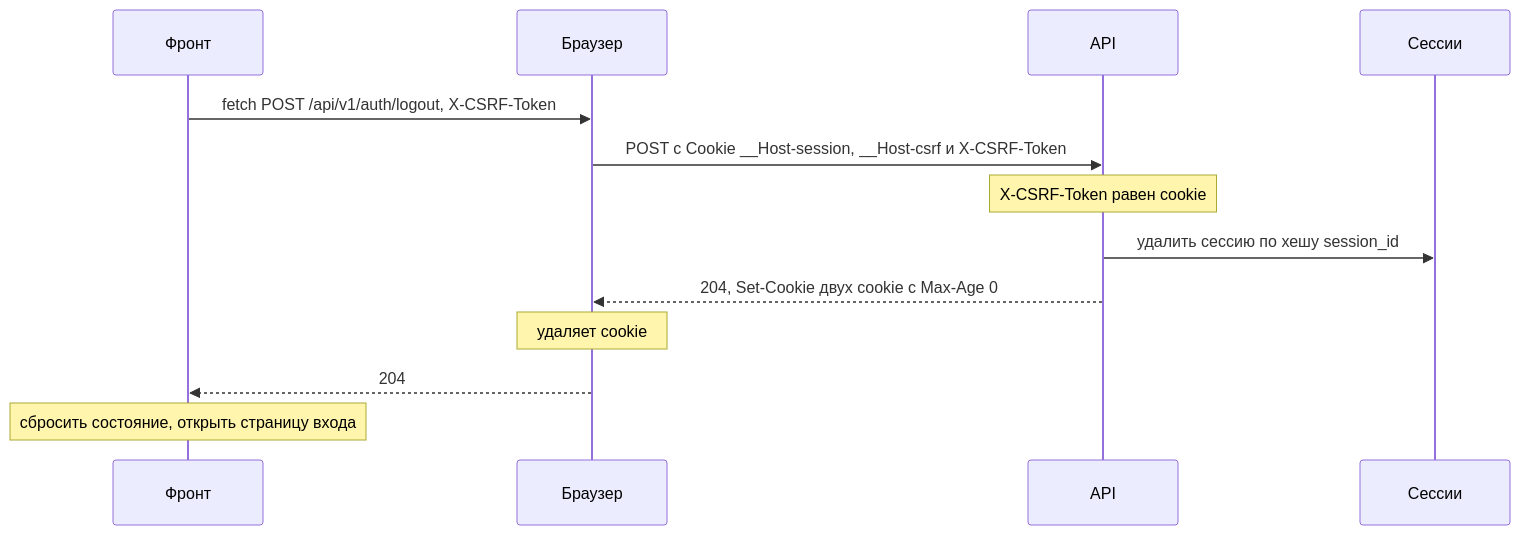
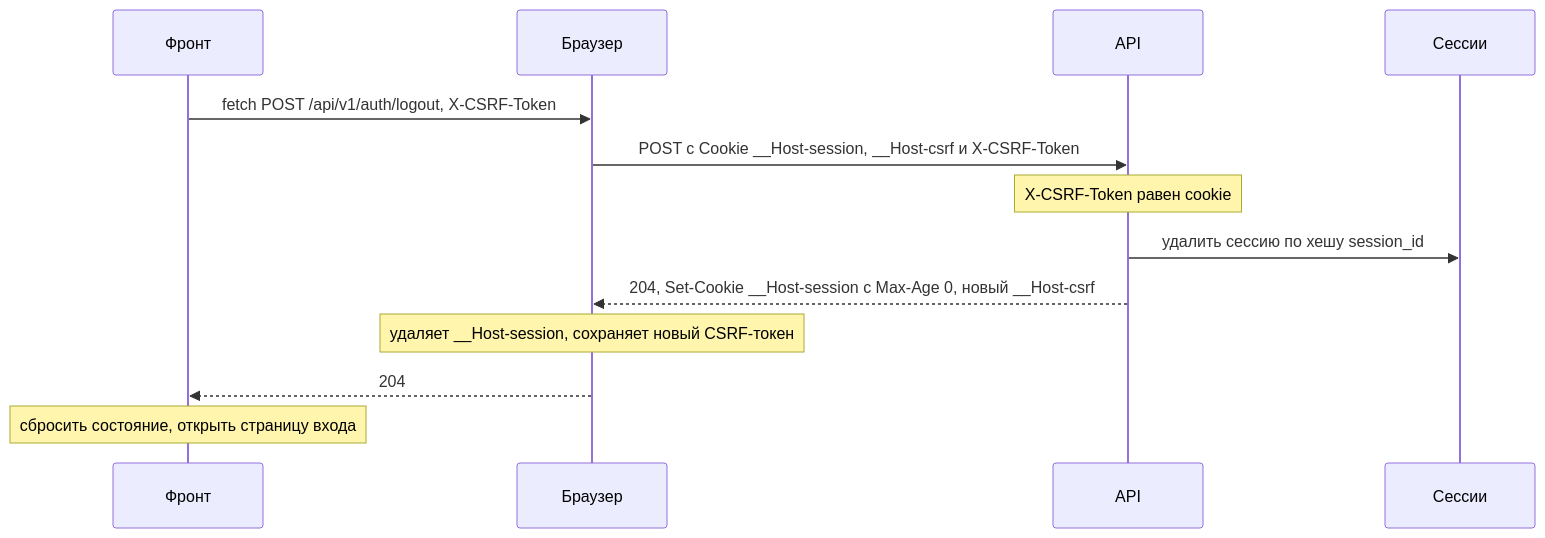
The fourth of 4 diagrams in rk1/variant-c.md (TP-Prepare/technopark-guidelines), drawn with Mermaid before and after one commit. The commit also changed other lines of this file and 7 other files, not shown here.

Commit message:
fix(rk1): CSRF-cookie ставит middleware, без отдельной ручки

````diff
--- a/rk1/variant-c.md
+++ b/rk1/variant-c.md
@@ -215,15 +223,15 @@
 ```mermaid
 sequenceDiagram
     participant F as Фронт
     participant B as Браузер
     participant A as API
     participant S as Сессии
     F->>B: fetch POST /api/v1/auth/logout, X-CSRF-Token
     B->>A: POST с Cookie __Host-session, __Host-csrf и X-CSRF-Token
     Note over A: X-CSRF-Token равен cookie
     A->>S: удалить сессию по хешу session_id
-    A-->>B: 204, Set-Cookie двух cookie с Max-Age 0
-    Note over B: удаляет cookie
+    A-->>B: 204, Set-Cookie __Host-session с Max-Age 0, новый __Host-csrf
+    Note over B: удаляет __Host-session, сохраняет новый CSRF-токен
     B-->>F: 204
     Note over F: сбросить состояние, открыть страницу входа
 ```
````
